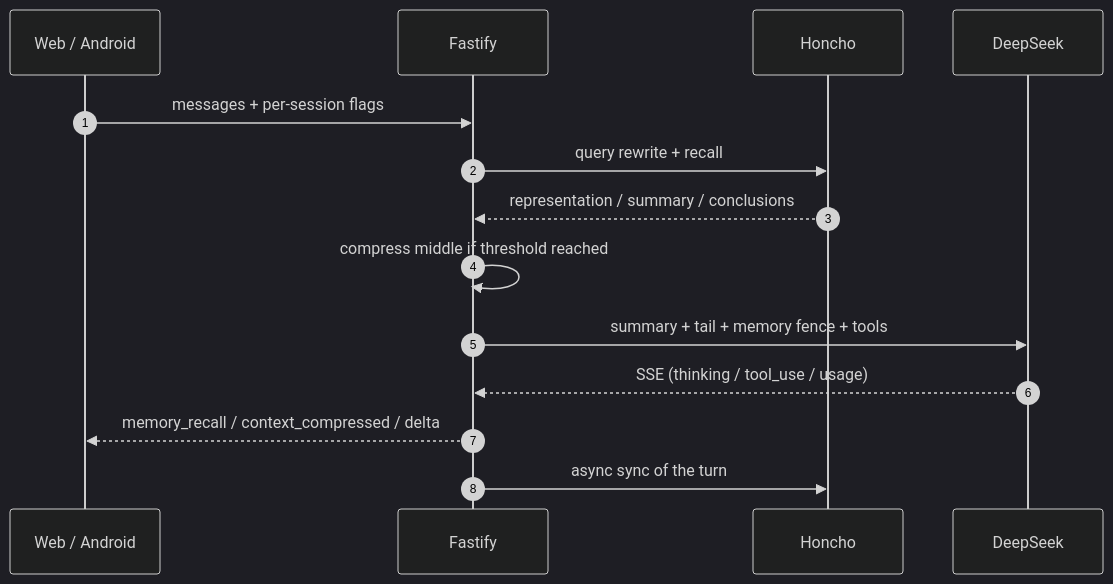
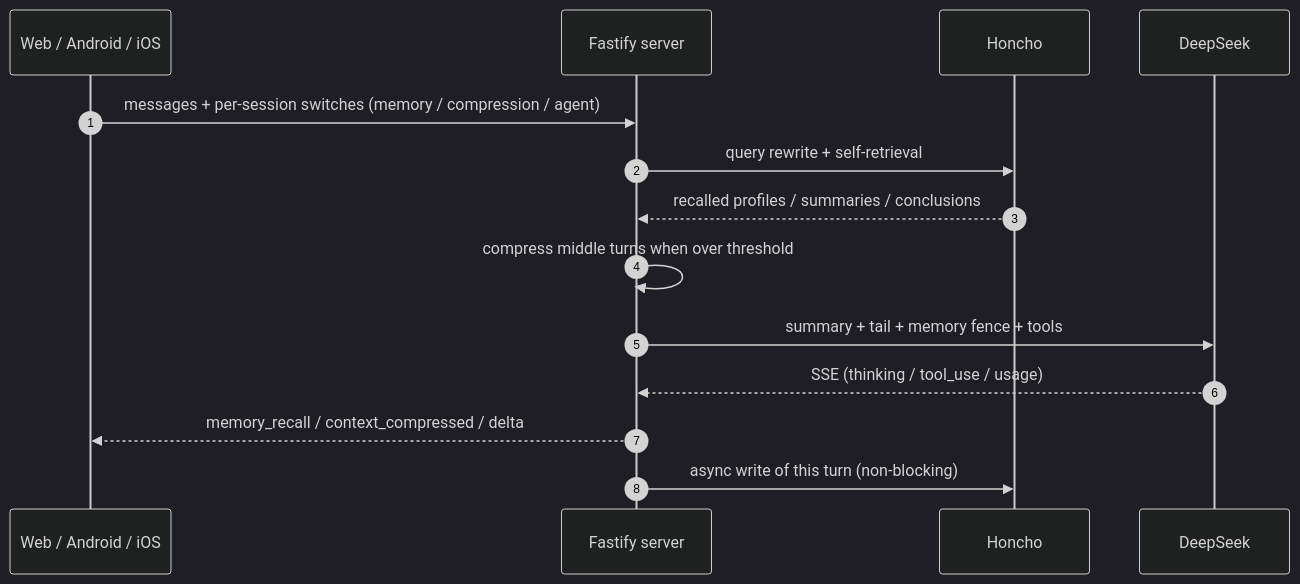
Before and after one commit to TTStick/deepseek-api-ui: the third of 4 diagrams in README.en.md, drawn with Mermaid (dark theme). The commit also changed other lines of this file and 4 other files, not shown here.

````diff
--- a/README.en.md
+++ b/README.en.md
@@ -163,17 +243,17 @@
 ```mermaid
 sequenceDiagram
   autonumber
-  participant C as Web / Android
-  participant S as Fastify
+  participant C as Web / Android / iOS
+  participant S as Fastify server
   participant H as Honcho
   participant D as DeepSeek
 
-  C->>S: messages + per-session flags
-  S->>H: query rewrite + recall
-  H-->>S: representation / summary / conclusions
-  S->>S: compress middle if threshold reached
+  C->>S: messages + per-session switches (memory / compression / agent)
+  S->>H: query rewrite + self-retrieval
+  H-->>S: recalled profiles / summaries / conclusions
+  S->>S: compress middle turns when over threshold
   S->>D: summary + tail + memory fence + tools
   D-->>S: SSE (thinking / tool_use / usage)
   S-->>C: memory_recall / context_compressed / delta
-  S->>H: async sync of the turn
+  S->>H: async write of this turn (non-blocking)
 ```
````
